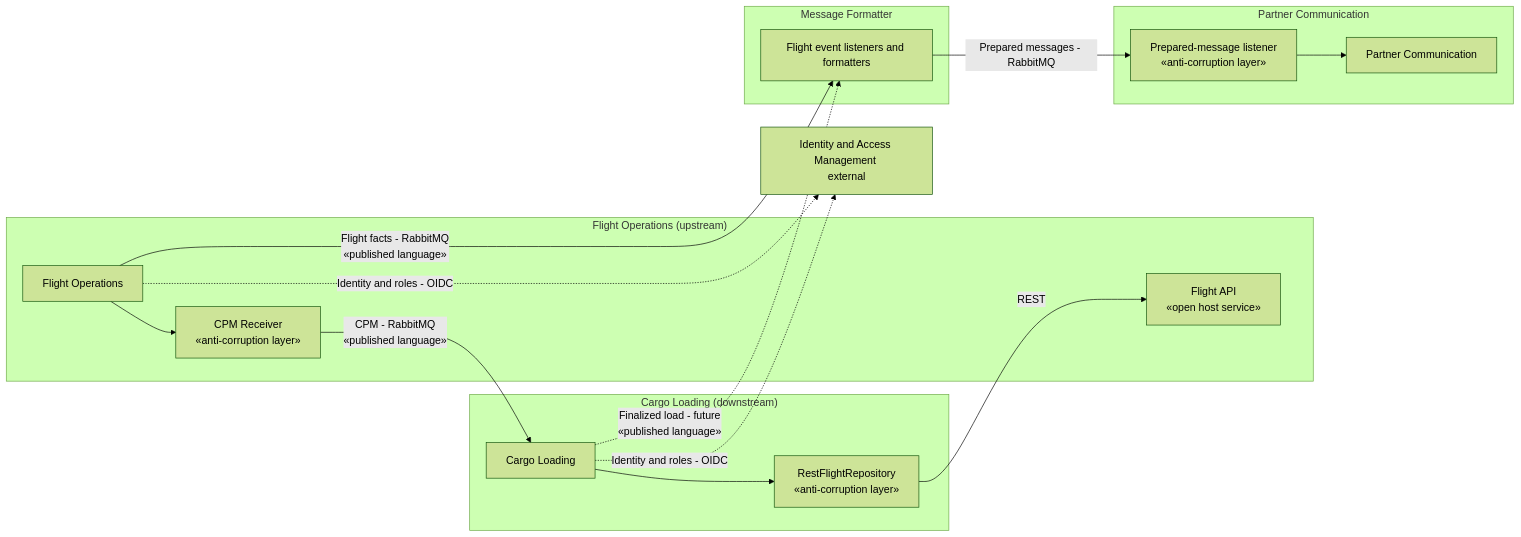
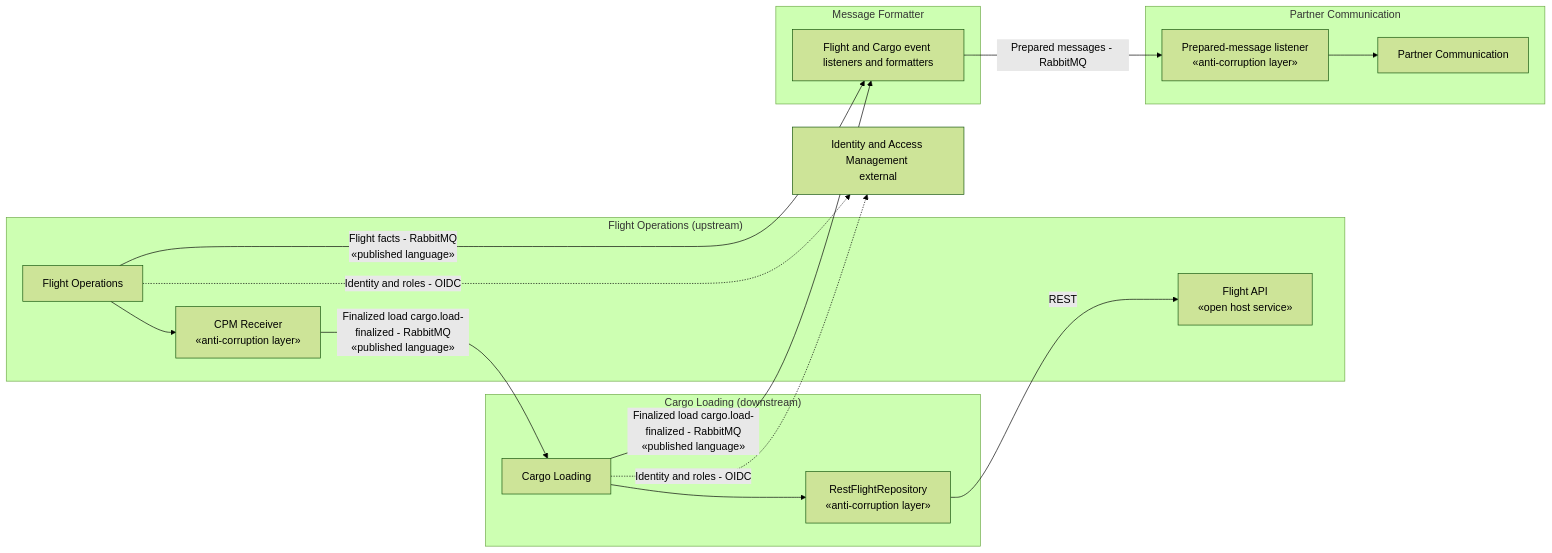
One commit to ebhd/air-freight-operations changed the second of 9 diagrams in architecture/analyse.md. Above: the diagram before and after it, drawn with Mermaid (forest theme). The commit also changed other lines of this file and 2 other files, not shown here.

Commit message:
Document load checks, finalizing and the CPM flow (#26, #27, #32)

````diff
--- a/architecture/analyse.md
+++ b/architecture/analyse.md
@@ -60,39 +60,39 @@
 ```mermaid
 flowchart LR
 
     subgraph CL_CTX["Cargo Loading (downstream)"]
         CL["Cargo Loading"]
         FlightACL["RestFlightRepository<br/>«anti-corruption layer»"]
 
         CL --> FlightACL
     end
 
     subgraph FO_CTX["Flight Operations (upstream)"]
         FlightAPI["Flight API<br/>«open host service»"]
         FO["Flight Operations"]
         CPMReceiver["CPM Receiver<br/>«anti-corruption layer»"]
 
         FO --> CPMReceiver
     end
 
     subgraph MF_CTX["Message Formatter"]
-        FlightFormatter["Flight event listeners and formatters"]
+        FlightFormatter["Flight and Cargo event listeners and formatters"]
     end
     subgraph PC_CTX["Partner Communication"]
         PreparedACL["Prepared-message listener<br/>«anti-corruption layer»"]
         PC["Partner Communication"]
         PreparedACL --> PC
     end
 
     IAM["Identity and Access Management <br/>external"]
 
     FlightACL -->|"REST"| FlightAPI
 
-    CPMReceiver -->|"CPM - RabbitMQ<br/>«published language»"| CL
+    CPMReceiver -->|"Finalized load cargo.load-finalized - RabbitMQ<br/>«published language»"| CL
 
     FO -->|"Flight facts - RabbitMQ<br/>«published language»"| FlightFormatter
-    CL -.->|"Finalized load - future<br/>«published language»"| FlightFormatter
+    CL -->|"Finalized load cargo.load-finalized - RabbitMQ<br/>«published language»"| FlightFormatter
     FlightFormatter -->|"Prepared messages - RabbitMQ"| PreparedACL
     FO -.->|"Identity and roles - OIDC"| IAM
     CL -.->|"Identity and roles - OIDC"| IAM
 ```
````
